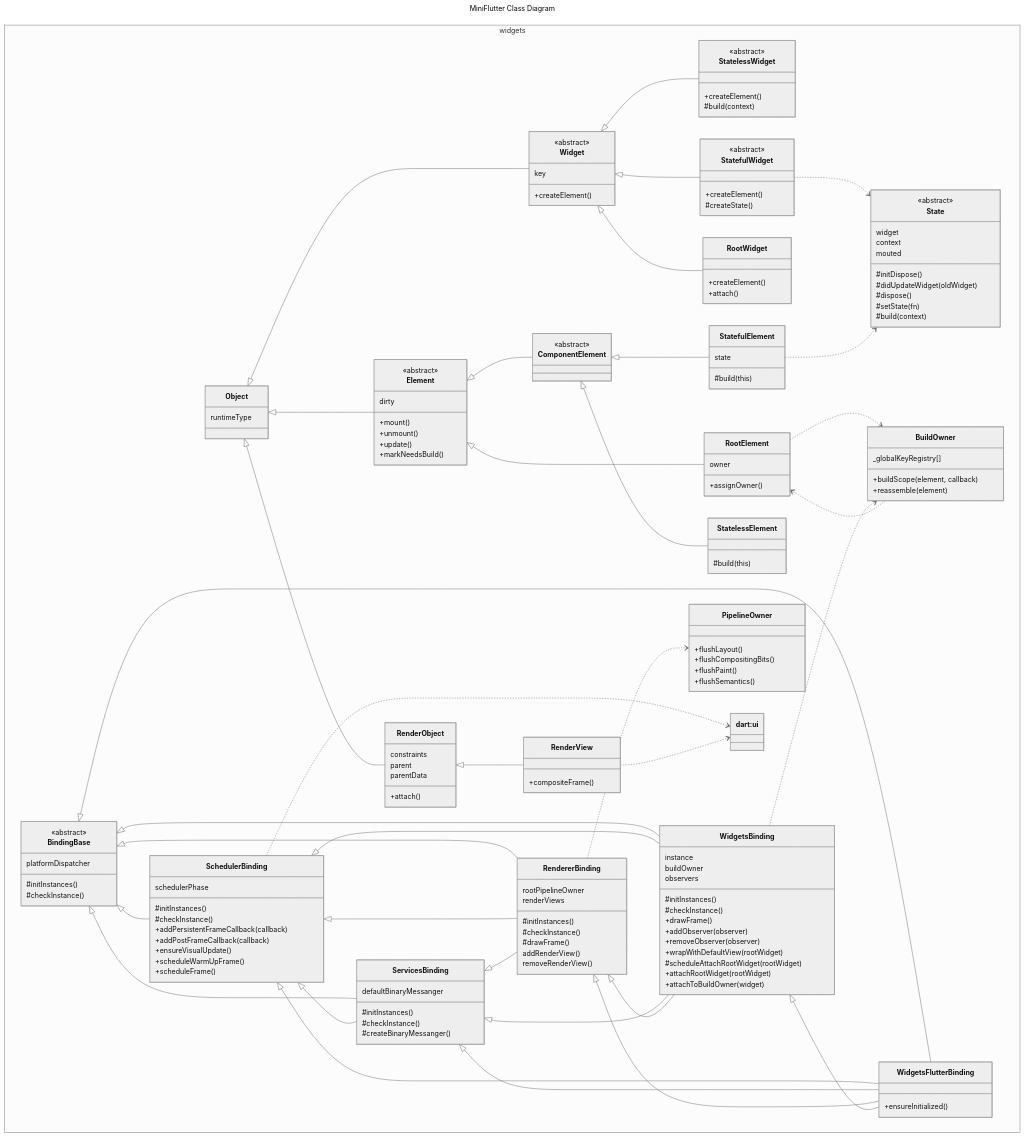
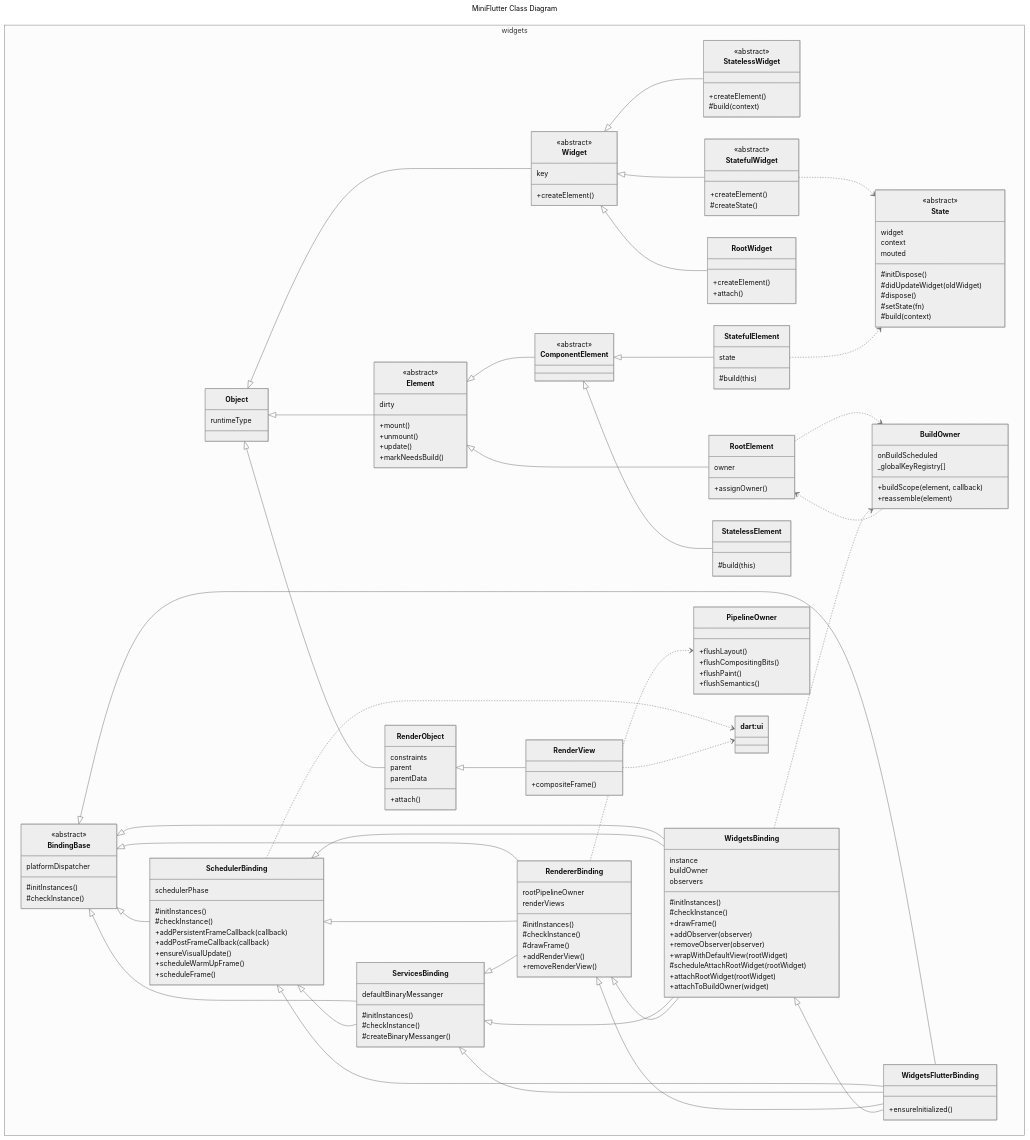
The first of 2 diagrams in docs/ARCHITECTURE.md (keiseiisobe/miniflutter), drawn with Mermaid (neutral theme) before and after one commit. The commit also changed 7 other files, not shown here.

```diff
--- a/docs/ARCHITECTURE.md
+++ b/docs/ARCHITECTURE.md
@@ -111,8 +111,8 @@
         #initInstances()
         #checkInstance()
         #drawFrame()
-        addRenderView()
-        removeRenderView()
+        +addRenderView()
+        +removeRenderView()
     }
     class WidgetsBinding {
         instance
@@ -133,6 +133,7 @@
     }
 
     class BuildOwner {
+        onBuildScheduled
         _globalKeyRegistry[]
         +buildScope(element, callback)
         +reassemble(element)
```
